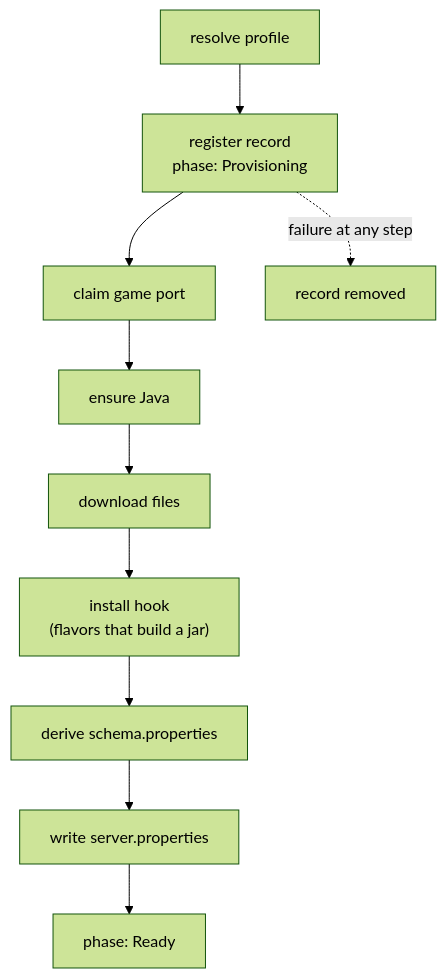
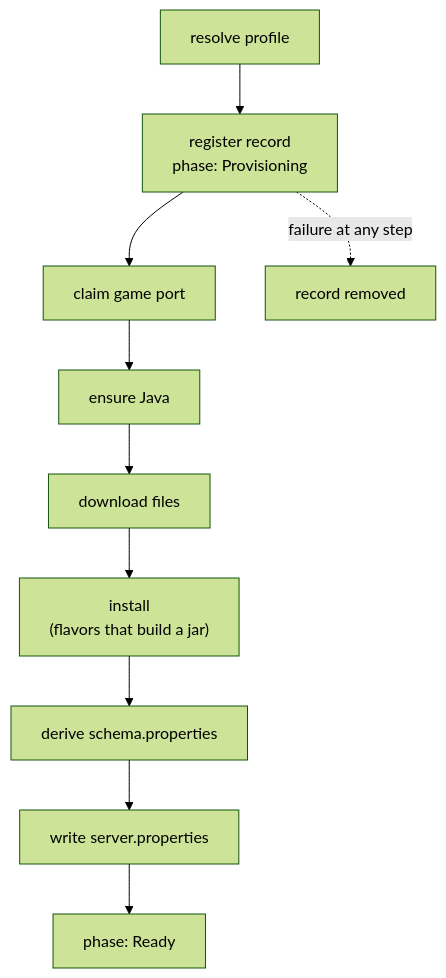
Before and after one commit to prytaneum/hestia: the first of 4 diagrams in docs/architecture/entries.md, drawn with Mermaid (forest theme). The commit also changed other lines of this file and 36 other files, not shown here.

````diff
--- a/docs/architecture/entries.md
+++ b/docs/architecture/entries.md
@@ -82,7 +82,7 @@
 ```mermaid
 flowchart TD
     R["resolve profile"] --> REG["register record<br/>phase: Provisioning"] --> PORT["claim game port"] --> JAVA["ensure Java"]
-    JAVA --> FETCH["download files"] --> INSTALL["install hook<br/>(flavors that build a jar)"]
+    JAVA --> FETCH["download files"] --> INSTALL["install<br/>(flavors that build a jar)"]
     INSTALL --> SCHEMA["derive schema.properties"] --> PROPS["write server.properties"] --> READY["phase: Ready"]
     REG -.->|"failure at any step"| DISCARD["record removed"]
 ```
````
